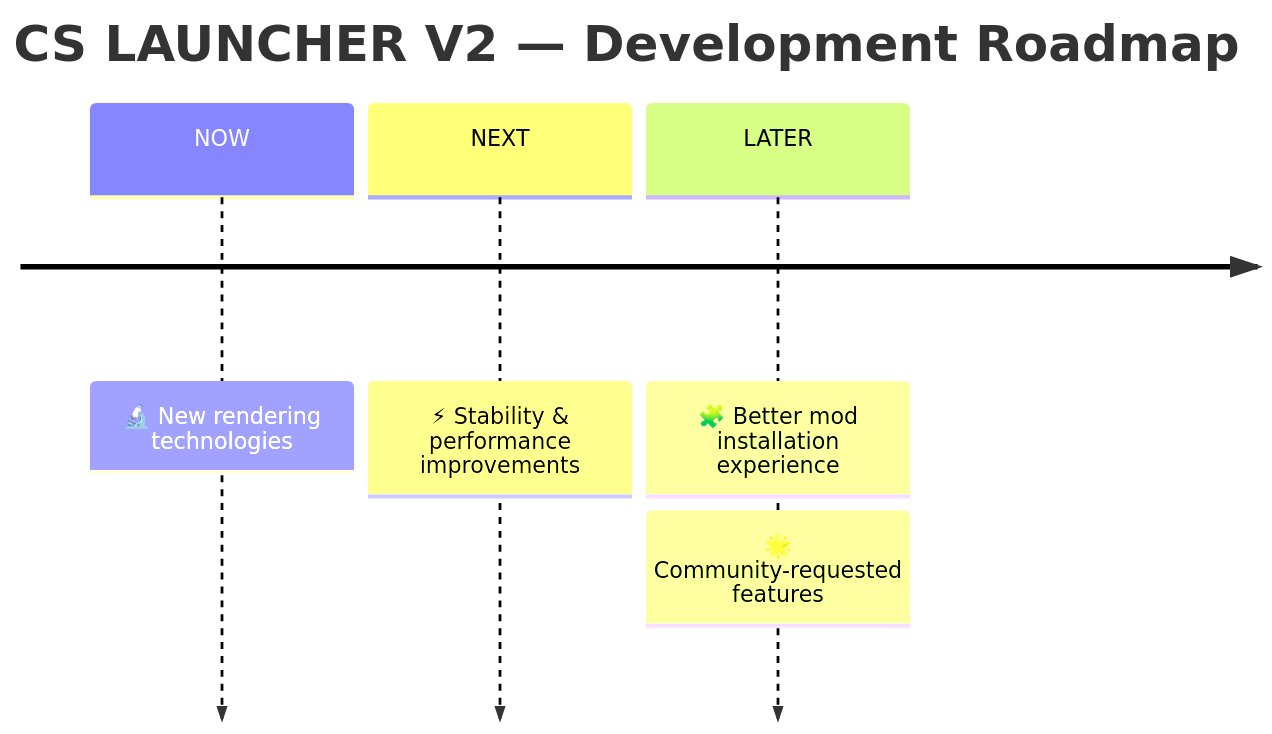
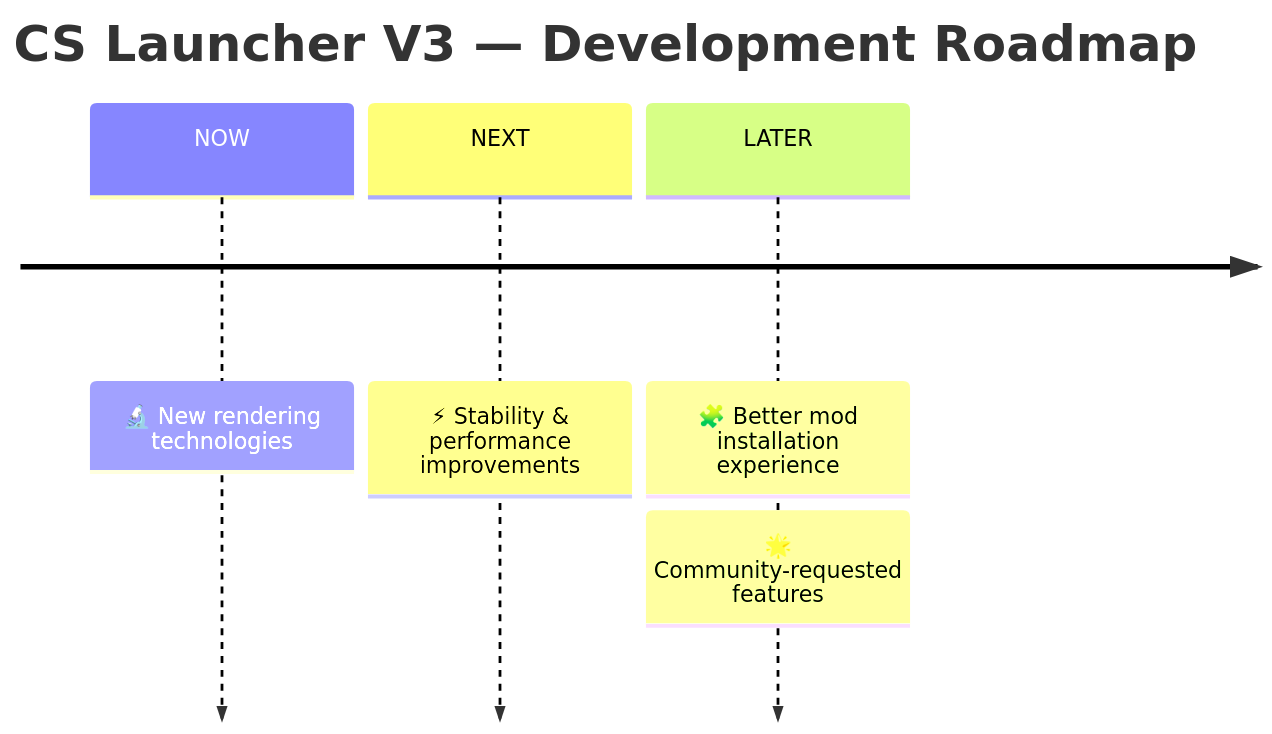
Before and after one commit to PAPA20000/CSL: the diagram in README.md, drawn with Mermaid. The commit also changed other lines of this file and 51 other files, not shown here.

````diff
--- a/README.md
+++ b/README.md
@@ -180,8 +180,8 @@
 ```mermaid
 timeline
-    title CS LAUNCHER V2 — Development Roadmap
+    title CS Launcher V3 — Development Roadmap
     NOW : 🔬 New rendering technologies
     NEXT : ⚡ Stability & performance improvements
     LATER : 🧩 Better mod installation experience
         : 🌟 Community-requested features
 ```
````
